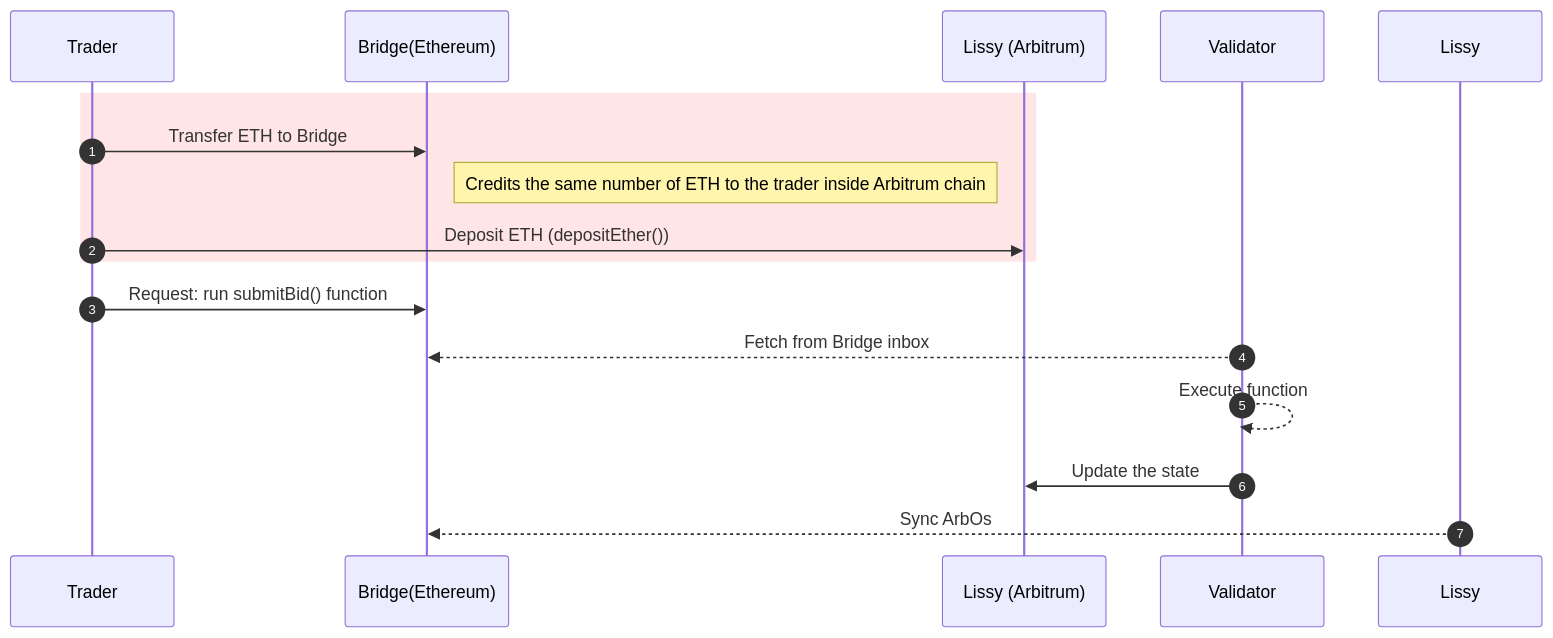
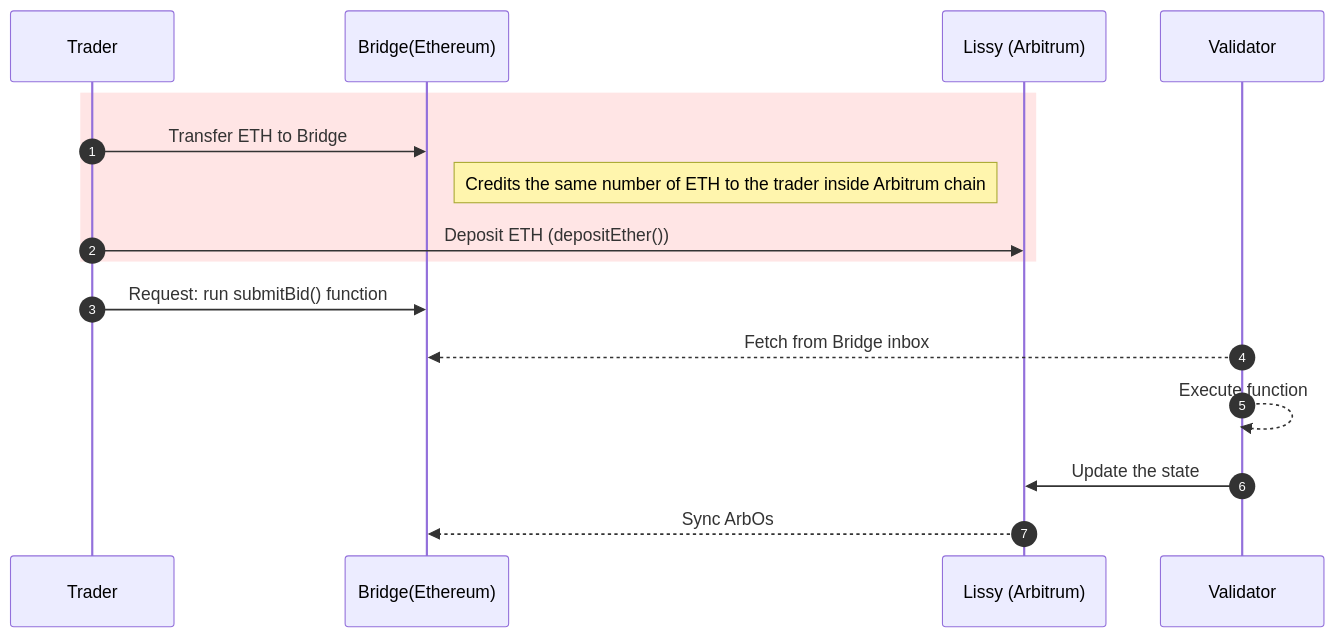
One commit to MadibaGroup/2020-Orderbook changed the diagram in LaTeX-LNCS-2022/fig/lissyL2.md. Above: the diagram before and after it, drawn with Mermaid. The commit also changed 1 other file, not shown here.

Commit message:
fixed the diagram

````diff
--- a/LaTeX-LNCS-2022/fig/lissyL2.md
+++ b/LaTeX-LNCS-2022/fig/lissyL2.md
@@ -1,18 +1,18 @@
 ```mermaid
 sequenceDiagram
 autonumber
 participant Trader
 participant Bridge(Ethereum)
 participant Lissy (Arbitrum)
 participant Validator
 rect rgb(255, 0, 0, 0.1)
 Trader->>Bridge(Ethereum): Transfer ETH to Bridge
 Note right of Bridge(Ethereum): Credits the same number of ETH to the trader inside Arbitrum chain
 Trader->>Lissy (Arbitrum): Deposit ETH (depositEther())
 end
 Trader->>Bridge(Ethereum): Request: run submitBid() function
 Validator-->>Bridge(Ethereum): Fetch from Bridge inbox
 Validator-->>Validator: Execute function
 Validator->>Lissy (Arbitrum):Update the state
-Lissy-->>Bridge(Ethereum): Sync ArbOs
+Lissy (Arbitrum)-->>Bridge(Ethereum): Sync ArbOs
 ```
````
